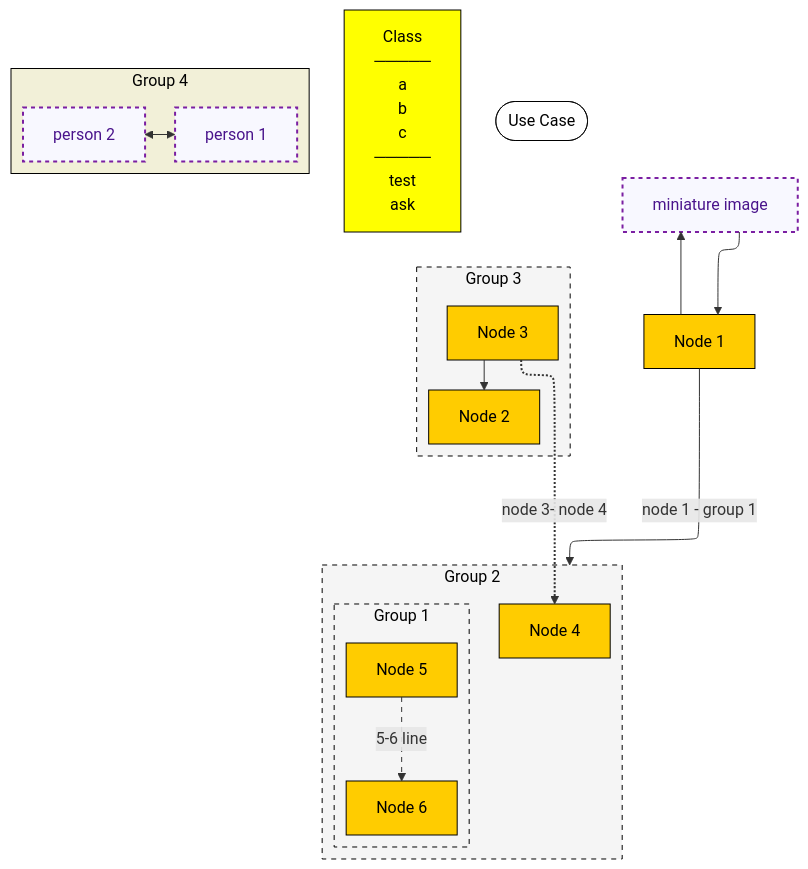
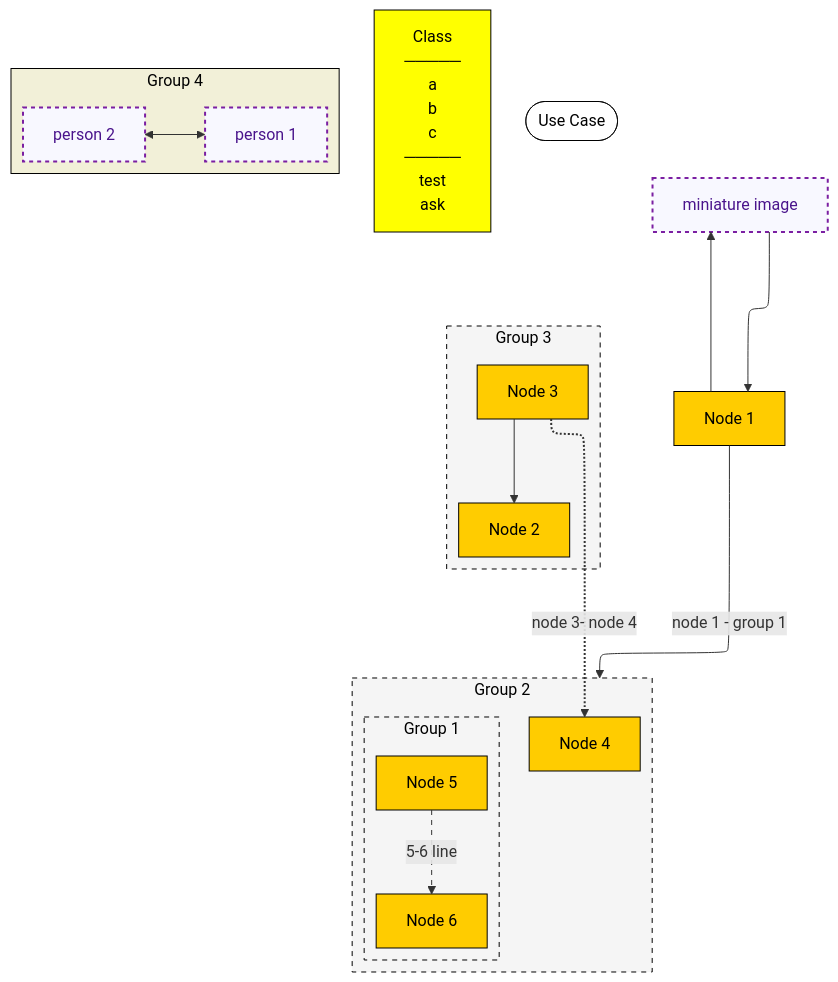
The diagram in example/example.mmd (d-led/yed2mermaid), drawn with Mermaid before and after one commit. The commit also changed 7 other files, not shown here.

```diff
--- a/example/example.mmd
+++ b/example/example.mmd
@@ -1,53 +1,53 @@
 ---
 config:
   layout: elk
 ---
 flowchart TD
   n0["Node 1"]
   subgraph n1["Group 2"]
     n1_n0["Node 4"]
     subgraph n1_n1["Group 1"]
       n1_n1_n0["Node 5"]
       n1_n1_n1["Node 6"]
       n1_n1_n0 -. "5-6 line" .-> n1_n1_n1
     end
   end
   subgraph n2["Group 3"]
     n2_n0["Node 2"]
     n2_n1["Node 3"]
-    n2_n1 --> n2_n0
+    n2_n1 -- "#8203;" --> n2_n0
   end
   subgraph n3["Group 4"]
     direction RL
     %% yed2mermaid: y:SVGNode is not mapped (node n3::n0)
     n3_n0["person 1"]
     %% yed2mermaid: y:SVGNode is not mapped (node n3::n1)
     n3_n1["person 2"]
-    n3_n0 <--> n3_n1
+    n3_n0 <-- "#8203;" --> n3_n1
   end
   %% yed2mermaid: y:UMLClassNode is drawn as rectangle (node n4)
   n4["Class<br/>─────<br/>a<br/>b<br/>c<br/>─────<br/>test<br/>ask"]
   n5(["Use Case"])
   %% yed2mermaid: y:ImageNode is not mapped (node n6)
   n6["miniature image"]
   n0 -- "node 1 - group 1" --> n1
   n2_n1 -. "node 3- node 4" .-> n1_n0
-  n6 --> n0
-  n0 --> n6
+  n6 -- "#8203;" --> n0
+  n0 -- "#8203;" --> n6
 style n0 fill:#FFCC00,stroke:#000000,stroke-width:1px,color:#000000
 style n1_n0 fill:#FFCC00,stroke:#000000,stroke-width:1px,color:#000000
 style n1_n1_n0 fill:#FFCC00,stroke:#000000,stroke-width:1px,color:#000000
 style n1_n1_n1 fill:#FFCC00,stroke:#000000,stroke-width:1px,color:#000000
 style n1_n1 fill:#F5F5F5,stroke:#000000,stroke-width:1px,stroke-dasharray:5 5,color:#000000
 style n1 fill:#F5F5F5,stroke:#000000,stroke-width:1px,stroke-dasharray:5 5,color:#000000
 style n2_n0 fill:#FFCC00,stroke:#000000,stroke-width:1px,color:#000000
 style n2_n1 fill:#FFCC00,stroke:#000000,stroke-width:1px,color:#000000
 style n2 fill:#F5F5F5,stroke:#000000,stroke-width:1px,stroke-dasharray:5 5,color:#000000
 style n3_n0 fill:#F8F8FF,stroke:#7B1FA2,stroke-width:2px,stroke-dasharray:4 4,color:#4A148C
 style n3_n1 fill:#F8F8FF,stroke:#7B1FA2,stroke-width:2px,stroke-dasharray:4 4,color:#4A148C
 style n3 fill:#F2F0D8,stroke:#000000,stroke-width:1px,color:#000000
 style n4 fill:#FFFF00,stroke:#000000,stroke-width:1px,color:#000000
 style n5 fill:none,stroke:#000000,stroke-width:1px,color:#000000
 style n6 fill:#F8F8FF,stroke:#7B1FA2,stroke-width:2px,stroke-dasharray:4 4,color:#4A148C
 linkStyle 0 stroke-dasharray:5 5
 linkStyle 4 stroke-width:2px,stroke-dasharray:2 2
```
